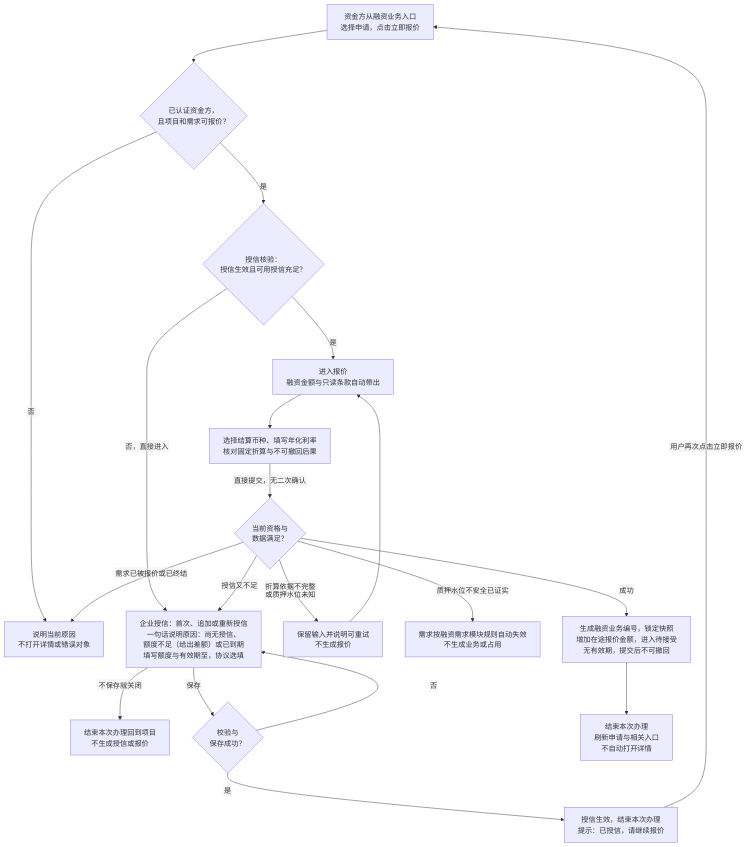
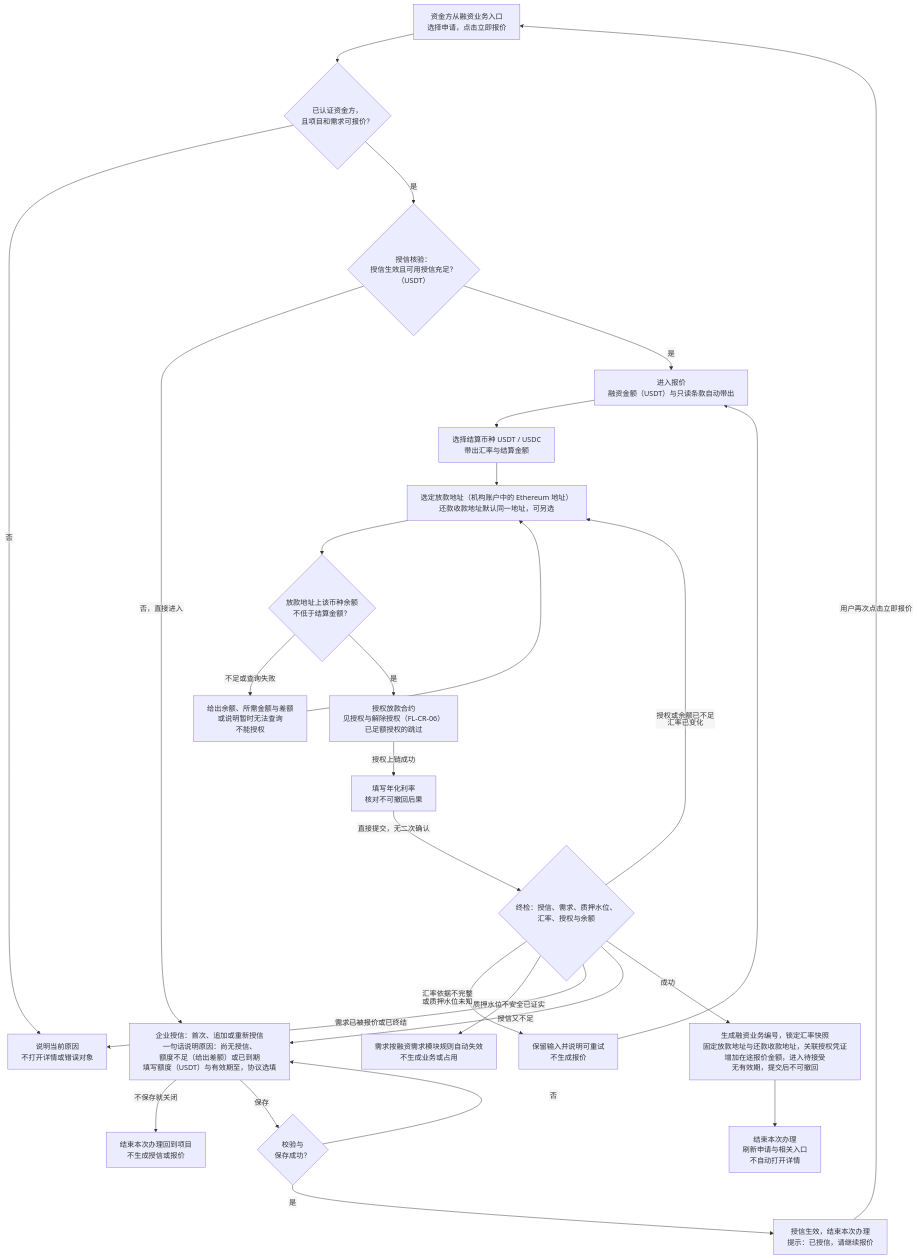
One commit to wxblockchain/Chain-Financing changed the first of 10 diagrams in lending-platform/PRD/面客端/06-借贷广场-授信报价与接受拒绝/02-授信报价与接受拒绝-流程图与状态机.md. Above: the diagram before and after it, drawn with Mermaid. The commit also changed other lines of this file and 5 other files, not shown here.

````diff
--- a/lending-platform/PRD/面客端/06-借贷广场-授信报价与接受拒绝/02-授信报价与接受拒绝-流程图与状态机.md
+++ b/lending-platform/PRD/面客端/06-借贷广场-授信报价与接受拒绝/02-授信报价与接受拒绝-流程图与状态机.md
@@ -21,23 +23,30 @@
 ```mermaid
 %%{init: {"flowchart": {"htmlLabels": false, "wrappingWidth": 400}}}%%
 flowchart TD
   A["资金方从融资业务入口<br/>选择申请，点击立即报价"] --> B{"已认证资金方，<br/>且项目和需求可报价？"}
   B -->|"否"| X["说明当前原因<br/>不打开详情或错误对象"]
-  B -->|"是"| C{"授信核验：<br/>授信生效且可用授信充足？"}
-  C -->|"否，直接进入"| F["企业授信：首次、追加或重新授信<br/>一句话说明原因：尚无授信、<br/>额度不足（给出差额）或已到期<br/>填写额度与有效期至，协议选填"]
+  B -->|"是"| C{"授信核验：<br/>授信生效且可用授信充足？<br/>（USDT）"}
+  C -->|"否，直接进入"| F["企业授信：首次、追加或重新授信<br/>一句话说明原因：尚无授信、<br/>额度不足（给出差额）或已到期<br/>填写额度（USDT）与有效期至，协议选填"]
   F -->|"不保存就关闭"| E["结束本次办理回到项目<br/>不生成授信或报价"]
   F -->|"保存"| G{"校验与<br/>保存成功？"}
   G -->|"否"| F
   G -->|"是"| H["授信生效，结束本次办理<br/>提示：已授信，请继续报价"]
   H -->|"用户再次点击立即报价"| A
-  C -->|"是"| Q["进入报价<br/>融资金额与只读条款自动带出"]
-  Q --> R["选择结算币种、填写年化利率<br/>核对固定折算与不可撤回后果"]
-  R -->|"直接提交，无二次确认"| S{"当前资格与<br/>数据满足？"}
-  S -->|"折算依据不完整<br/>或质押水位未知"| U["保留输入并说明可重试<br/>不生成报价"]
-  U --> Q
-  S -->|"质押水位不安全已证实"| V["需求按融资需求模块规则自动失效<br/>不生成业务或占用"]
-  S -->|"需求已被报价或已终结"| X
-  S -->|"授信又不足"| F
-  S -->|"成功"| W["生成融资业务编号，锁定快照<br/>增加在途报价金额，进入待接受<br/>无有效期，提交后不可撤回"]
+  C -->|"是"| Q["进入报价<br/>融资金额（USDT）与只读条款自动带出"]
+  Q --> R["选择结算币种 USDT / USDC<br/>带出汇率与结算金额"]
+  R --> S1["选定放款地址（机构账户中的 Ethereum 地址）<br/>还款收款地址默认同一地址，可另选"]
+  S1 --> S2{"放款地址上该币种余额<br/>不低于结算金额？"}
+  S2 -->|"不足或查询失败"| S3["给出余额、所需金额与差额<br/>或说明暂时无法查询<br/>不能授权"]
+  S3 --> S1
+  S2 -->|"是"| S4["授权放款合约<br/>见授权与解除授权（FL-CR-06）<br/>已足额授权的跳过"]
+  S4 -->|"授权上链成功"| T["填写年化利率<br/>核对不可撤回后果"]
+  T -->|"直接提交，无二次确认"| U{"终检：授信、需求、质押水位、<br/>汇率、授权与余额"}
+  U -->|"汇率依据不完整<br/>或质押水位未知"| U1["保留输入并说明可重试<br/>不生成报价"]
+  U1 --> Q
+  U -->|"授权或余额已不足<br/>汇率已变化"| S1
+  U -->|"质押水位不安全已证实"| V["需求按融资需求模块规则自动失效<br/>不生成业务或占用"]
+  U -->|"需求已被报价或已终结"| X
+  U -->|"授信又不足"| F
+  U -->|"成功"| W["生成融资业务编号，锁定汇率快照<br/>固定放款地址与还款收款地址，关联授权凭证<br/>增加在途报价金额，进入待接受<br/>无有效期，提交后不可撤回"]
   W --> Z["结束本次办理<br/>刷新申请与相关入口<br/>不自动打开详情"]
 ```
````
